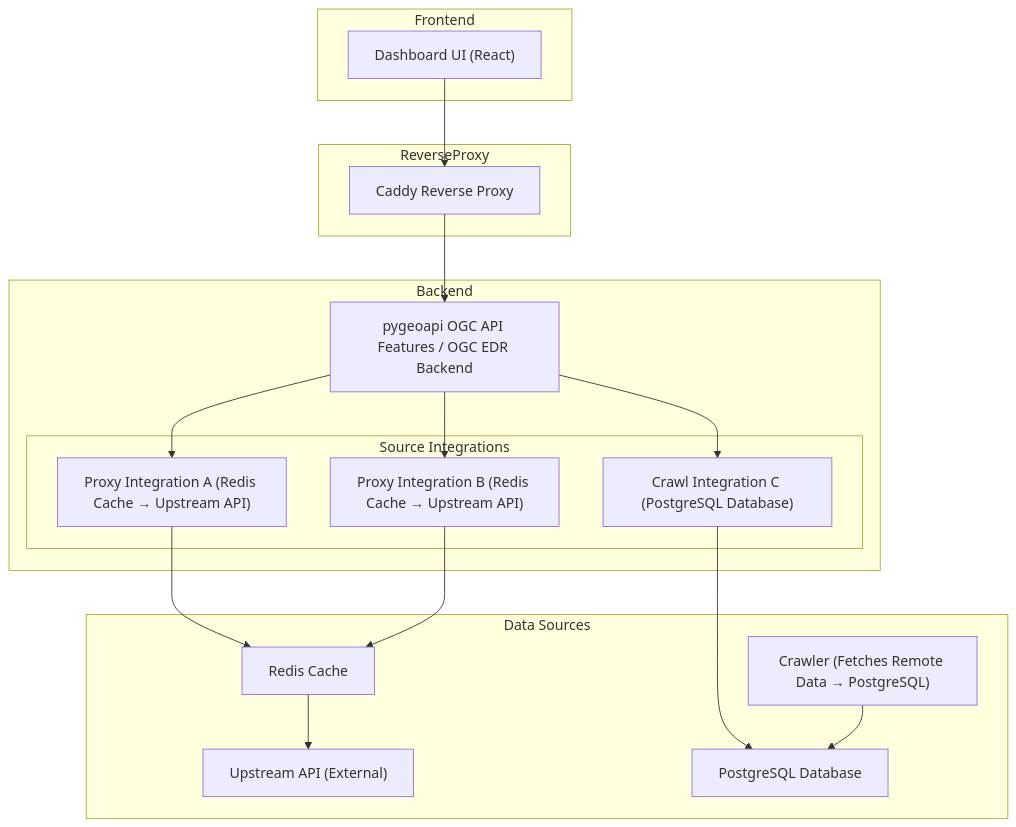
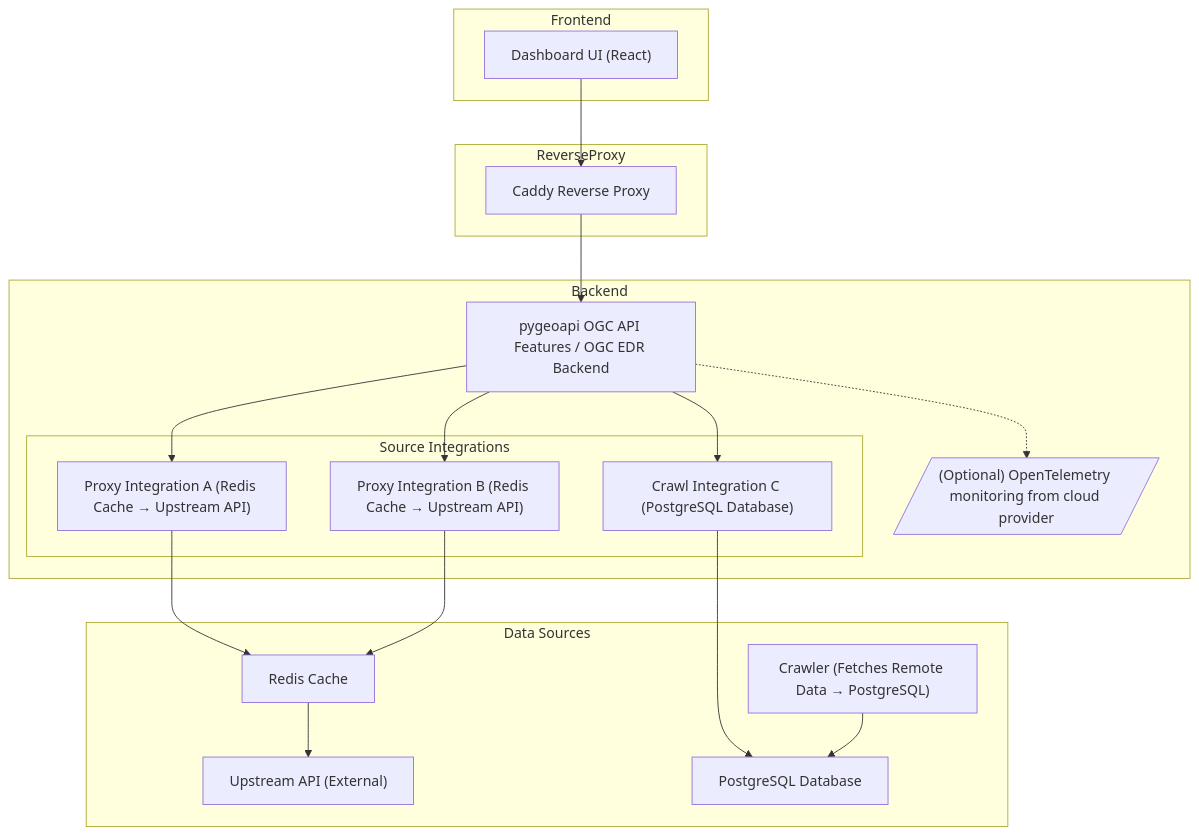
One commit to internetofwater/Western-Water-Datahub changed the diagram in docs/cloud_deployment.md. Above: the diagram before and after it, drawn with Mermaid.

Commit message:
specify otel

````diff
--- a/docs/cloud_deployment.md
+++ b/docs/cloud_deployment.md
@@ -7,41 +7,45 @@
 ```mermaid
 flowchart TD
     subgraph Frontend
         DashboardUI["Dashboard UI (React)"]
     end
 
     subgraph ReverseProxy
         Caddy["Caddy Reverse Proxy"]
     end
 
     subgraph Backend
         Pygeoapi["pygeoapi OGC API Features / OGC EDR Backend"]
 
         subgraph "Source Integrations"
             RedisSource1["Proxy Integration A (Redis Cache → Upstream API)"]
             RedisSource2["Proxy Integration B (Redis Cache → Upstream API)"]
             PostgresSource["Crawl Integration C (PostgreSQL Database)"]
         end
+
+        OpenTelemetry[/"(Optional) OpenTelemetry monitoring from cloud provider"/]
     end
 
     subgraph Data Sources
         Redis["Redis Cache"]
         UpstreamAPI["Upstream API (External)"]
         Postgres["PostgreSQL Database"]
         Crawler["Crawler (Fetches Remote Data → PostgreSQL)"]
     end
 
     DashboardUI --> Caddy
     Caddy --> Pygeoapi
 
     Pygeoapi --> RedisSource1
     Pygeoapi --> RedisSource2
     Pygeoapi --> PostgresSource
 
     RedisSource1 --> Redis
     RedisSource2 --> Redis
     Redis --> UpstreamAPI
 
     PostgresSource --> Postgres
     Crawler --> Postgres
+
+    Pygeoapi -.-> OpenTelemetry
 ```
````
